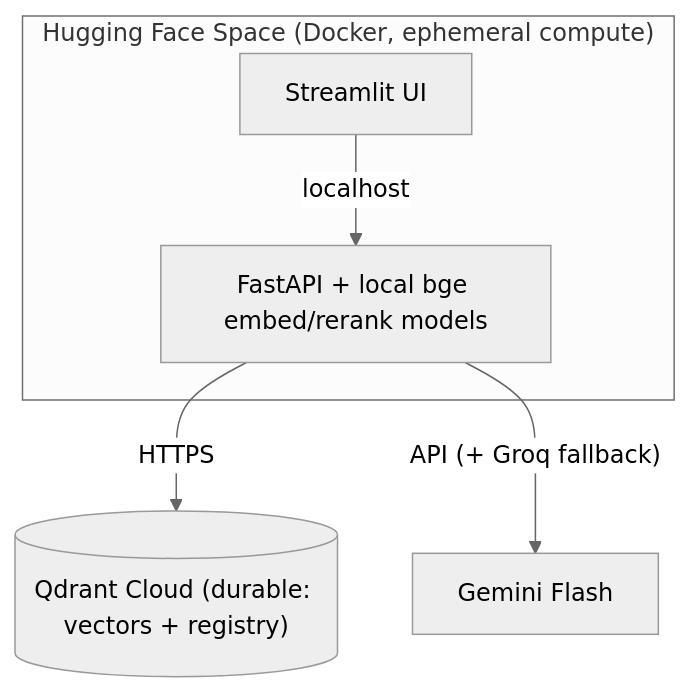
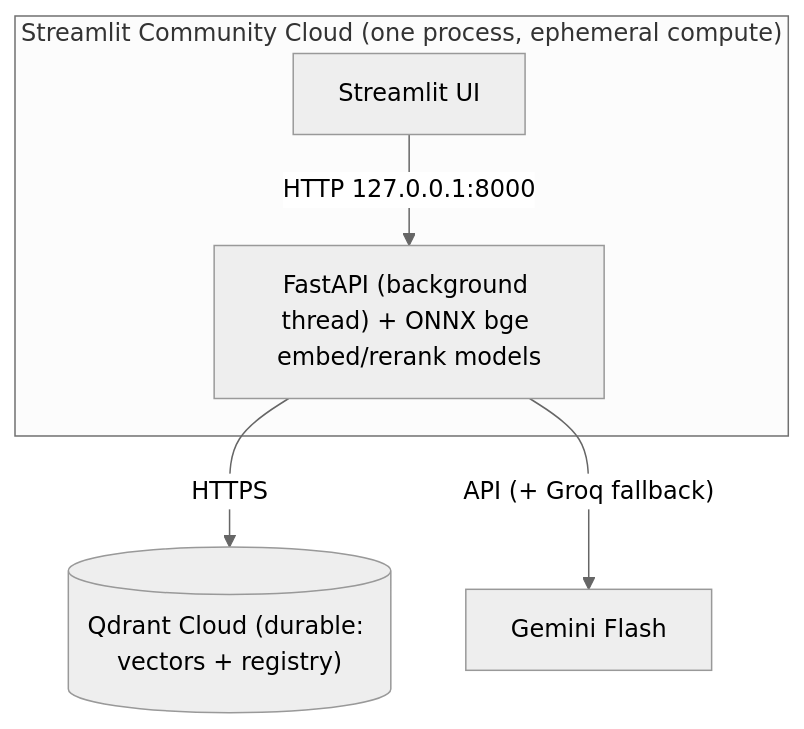
The third of 3 diagrams in README.md (Pistolmani/project-x), drawn with Mermaid (neutral theme) before and after one commit. The commit also changed other lines of this file and 5 other files, not shown here.

Commit message:
Docs: live demo URL, run instructions, Streamlit Cloud topology, passage display, session 8

````diff
--- a/README.md
+++ b/README.md
@@ -63,10 +67,10 @@
 ```mermaid
 flowchart TD
-    subgraph SPACE["Hugging Face Space (Docker, ephemeral compute)"]
+    subgraph HOST["Streamlit Community Cloud (one process, ephemeral compute)"]
       UI2["Streamlit UI"]
-      API2["FastAPI + local bge embed/rerank models"]
-      UI2 -->|"localhost"| API2
+      API2["FastAPI (background thread) + ONNX bge embed/rerank models"]
+      UI2 -->|"HTTP 127.0.0.1:8000"| API2
     end
     API2 -->|"HTTPS"| Q[("Qdrant Cloud (durable: vectors + registry)")]
     API2 -->|"API (+ Groq fallback)"| G["Gemini Flash"]
 ```
````
